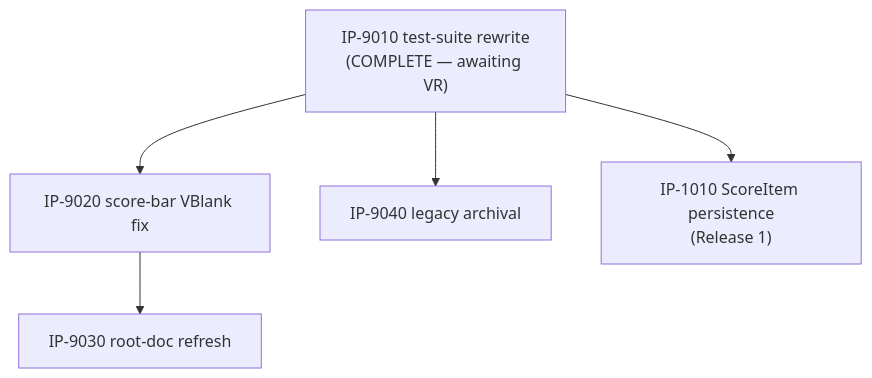
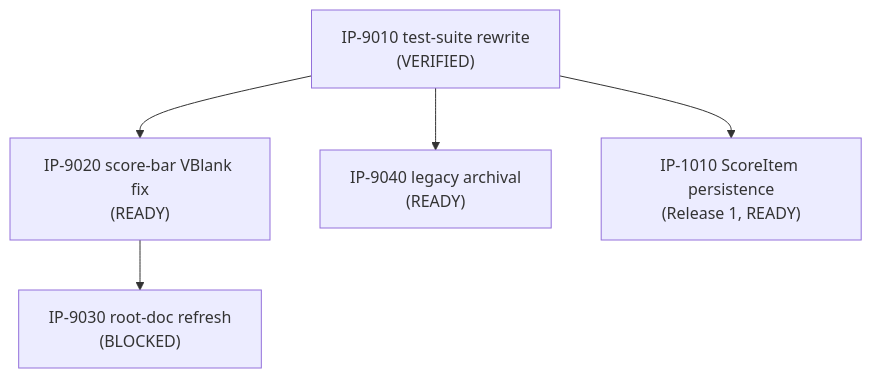
One commit to Zabin/RsGame changed the diagram in docs/implementation/00-master-build-plan.md. Above: the diagram before and after it, drawn with Mermaid. The commit also changed other lines of this file and 3 other files, not shown here.

````diff
--- a/docs/implementation/00-master-build-plan.md
+++ b/docs/implementation/00-master-build-plan.md
@@ -26,12 +26,12 @@
 ```mermaid
 graph TD
-    IP9010["IP-9010 test-suite rewrite<br/>(COMPLETE — awaiting VR)"]
-    IP9020["IP-9020 score-bar VBlank fix"]
-    IP9030["IP-9030 root-doc refresh"]
-    IP9040["IP-9040 legacy archival"]
-    IP1010["IP-1010 ScoreItem persistence<br/>(Release 1)"]
+    IP9010["IP-9010 test-suite rewrite<br/>(VERIFIED)"]
+    IP9020["IP-9020 score-bar VBlank fix<br/>(READY)"]
+    IP9030["IP-9030 root-doc refresh<br/>(BLOCKED)"]
+    IP9040["IP-9040 legacy archival<br/>(READY)"]
+    IP1010["IP-1010 ScoreItem persistence<br/>(Release 1, READY)"]
     IP9010 --> IP9020
     IP9010 --> IP9040
     IP9010 --> IP1010
     IP9020 --> IP9030
 ```
````
